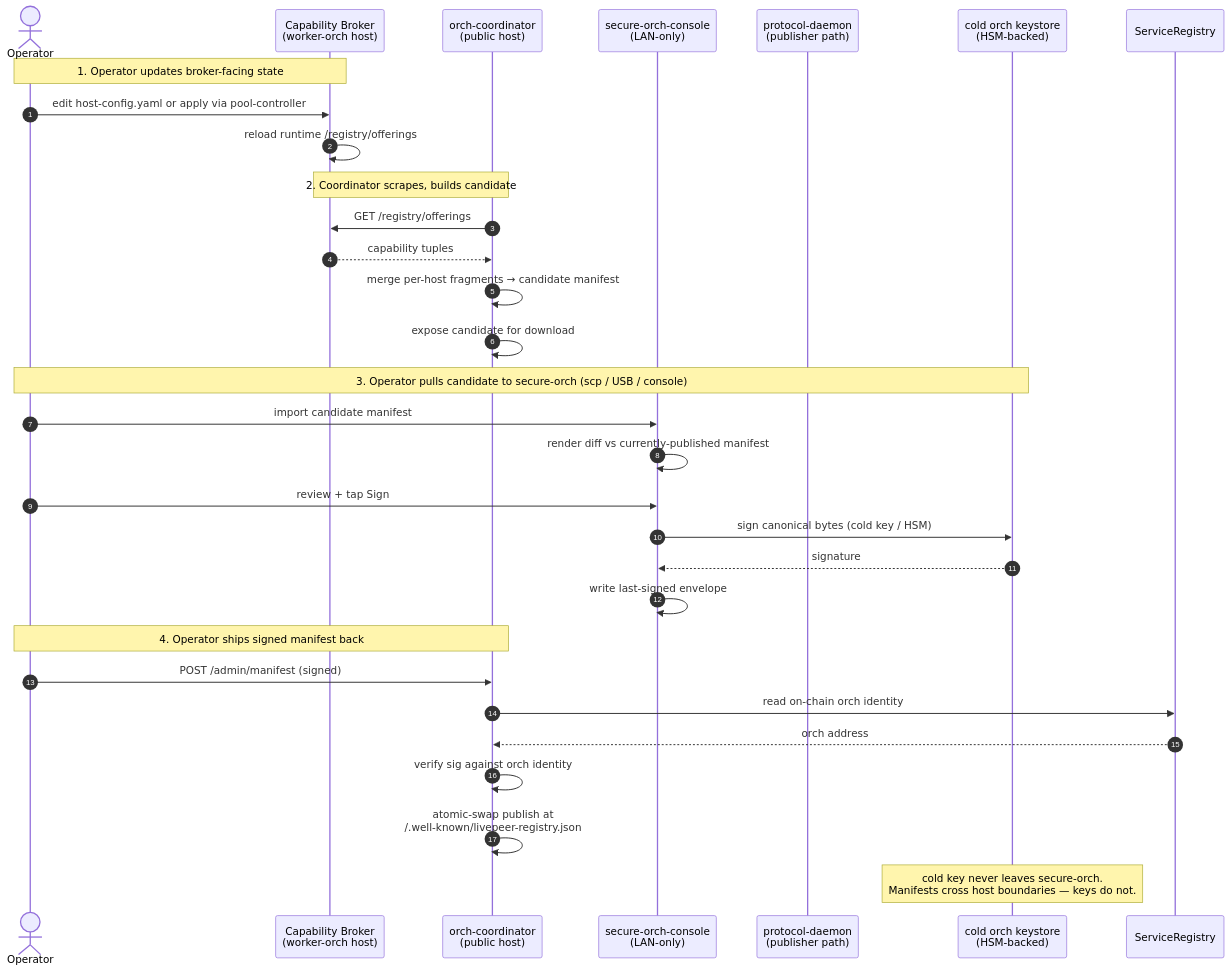
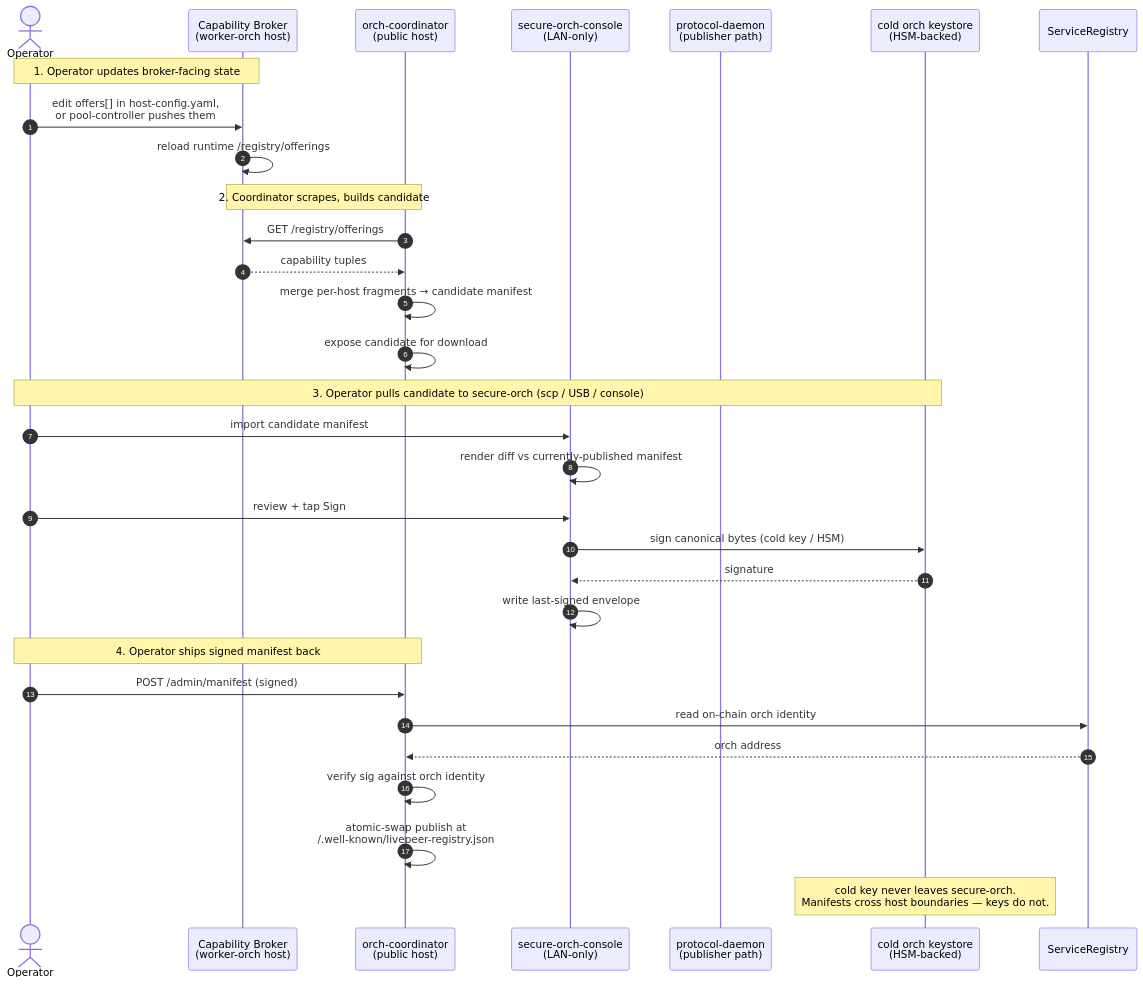
One commit to Cloud-SPE/livepeer-network-modules changed the fifth of 9 diagrams in docs/design-docs/architecture-overview.md. Above: the diagram before and after it, drawn with Mermaid. The commit also changed other lines of this file and 66 other files, not shown here.

````diff
--- a/docs/design-docs/architecture-overview.md
+++ b/docs/design-docs/architecture-overview.md
@@ -682,38 +706,38 @@
 ```mermaid
 sequenceDiagram
     autonumber
     actor Op as Operator
     participant Broker as Capability Broker<br/>(worker-orch host)
     participant Coord as orch-coordinator<br/>(public host)
     participant SOC as secure-orch-console<br/>(LAN-only)
     participant PRD as protocol-daemon<br/>(publisher path)
     participant Cold as cold orch keystore<br/>(HSM-backed)
     participant Chain as ServiceRegistry
 
     Note over Op,Broker: 1. Operator updates broker-facing state
-    Op->>Broker: edit host-config.yaml or apply via pool-controller
+    Op->>Broker: edit offers[] in host-config.yaml,<br/>or pool-controller pushes them
     Broker->>Broker: reload runtime /registry/offerings
 
     Note over Coord,Broker: 2. Coordinator scrapes, builds candidate
     Coord->>Broker: GET /registry/offerings
     Broker-->>Coord: capability tuples
     Coord->>Coord: merge per-host fragments → candidate manifest
     Coord->>Coord: expose candidate for download
 
     Note over Op,Cold: 3. Operator pulls candidate to secure-orch (scp / USB / console)
     Op->>SOC: import candidate manifest
     SOC->>SOC: render diff vs currently-published manifest
     Op->>SOC: review + tap Sign
     SOC->>Cold: sign canonical bytes (cold key / HSM)
     Cold-->>SOC: signature
     SOC->>SOC: write last-signed envelope
 
     Note over Op,Coord: 4. Operator ships signed manifest back
     Op->>Coord: POST /admin/manifest (signed)
     Coord->>Chain: read on-chain orch identity
     Chain-->>Coord: orch address
     Coord->>Coord: verify sig against orch identity
     Coord->>Coord: atomic-swap publish at<br/>/.well-known/livepeer-registry.json
 
     Note over Cold: cold key never leaves secure-orch.<br/>Manifests cross host boundaries — keys do not.
 ```
````
